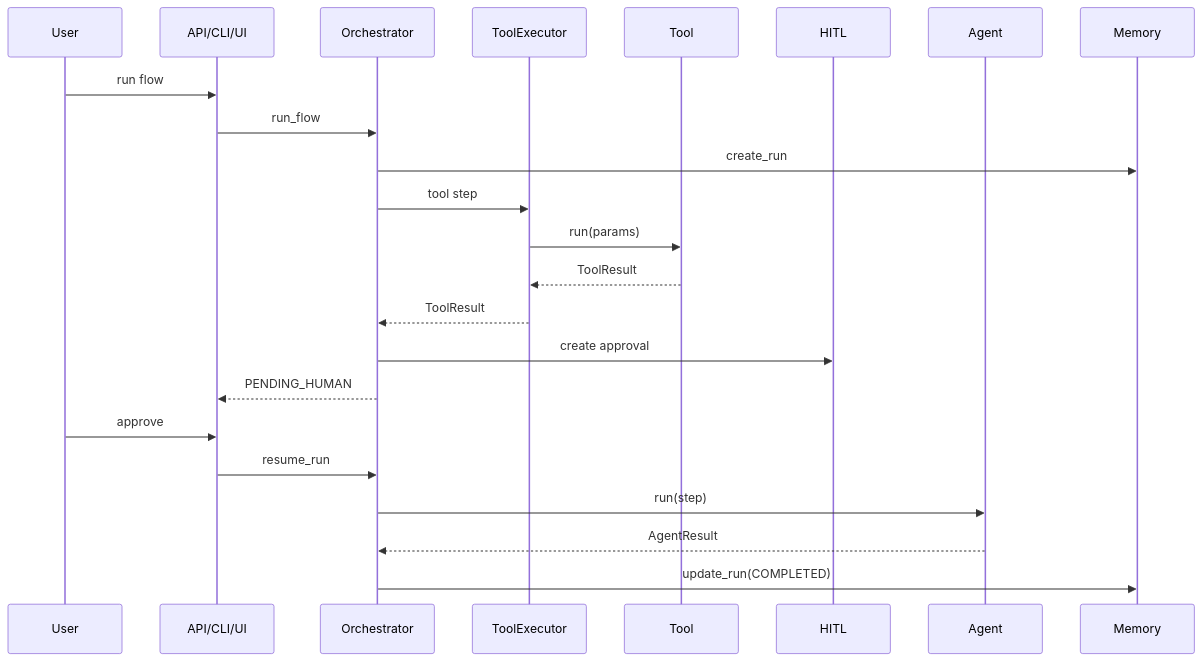
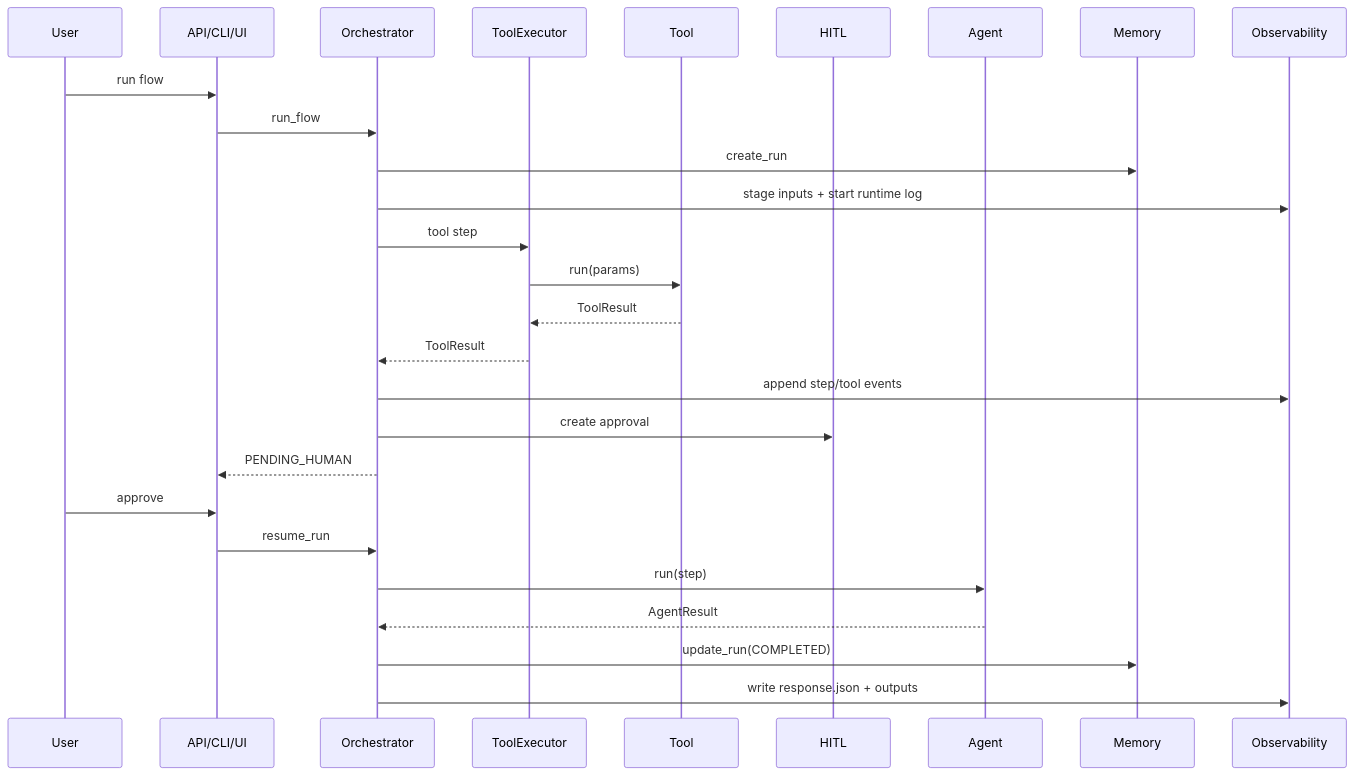
The second of 5 diagrams in docs/overview.md (chethanp11/master), drawn with Mermaid before and after one commit. The commit also changed other lines of this file and 6 other files, not shown here.

````diff
--- a/docs/overview.md
+++ b/docs/overview.md
@@ -69,26 +69,30 @@
 ```mermaid
 sequenceDiagram
   participant User
   participant Gateway as API/CLI/UI
   participant Orchestrator
   participant ToolExec as ToolExecutor
   participant Tool
   participant HITL
   participant Agent
   participant Memory
+  participant Observability
 
   User->>Gateway: run flow
   Gateway->>Orchestrator: run_flow
   Orchestrator->>Memory: create_run
+  Orchestrator->>Observability: stage inputs + start runtime log
   Orchestrator->>ToolExec: tool step
   ToolExec->>Tool: run(params)
   Tool-->>ToolExec: ToolResult
   ToolExec-->>Orchestrator: ToolResult
+  Orchestrator->>Observability: append step/tool events
   Orchestrator->>HITL: create approval
   Orchestrator-->>Gateway: PENDING_HUMAN
   User->>Gateway: approve
   Gateway->>Orchestrator: resume_run
   Orchestrator->>Agent: run(step)
   Agent-->>Orchestrator: AgentResult
   Orchestrator->>Memory: update_run(COMPLETED)
+  Orchestrator->>Observability: write response.json + outputs
 ```
````
